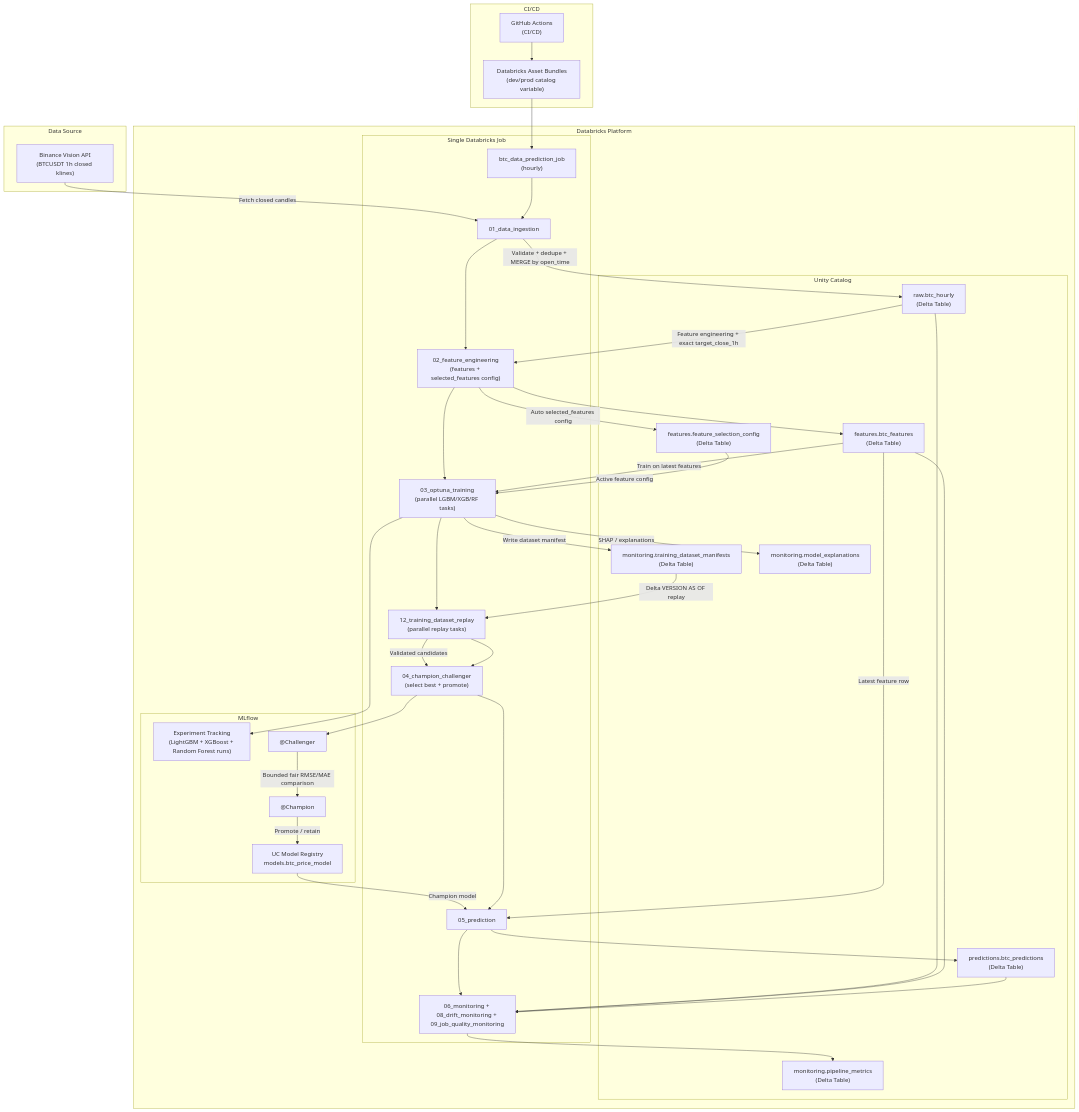
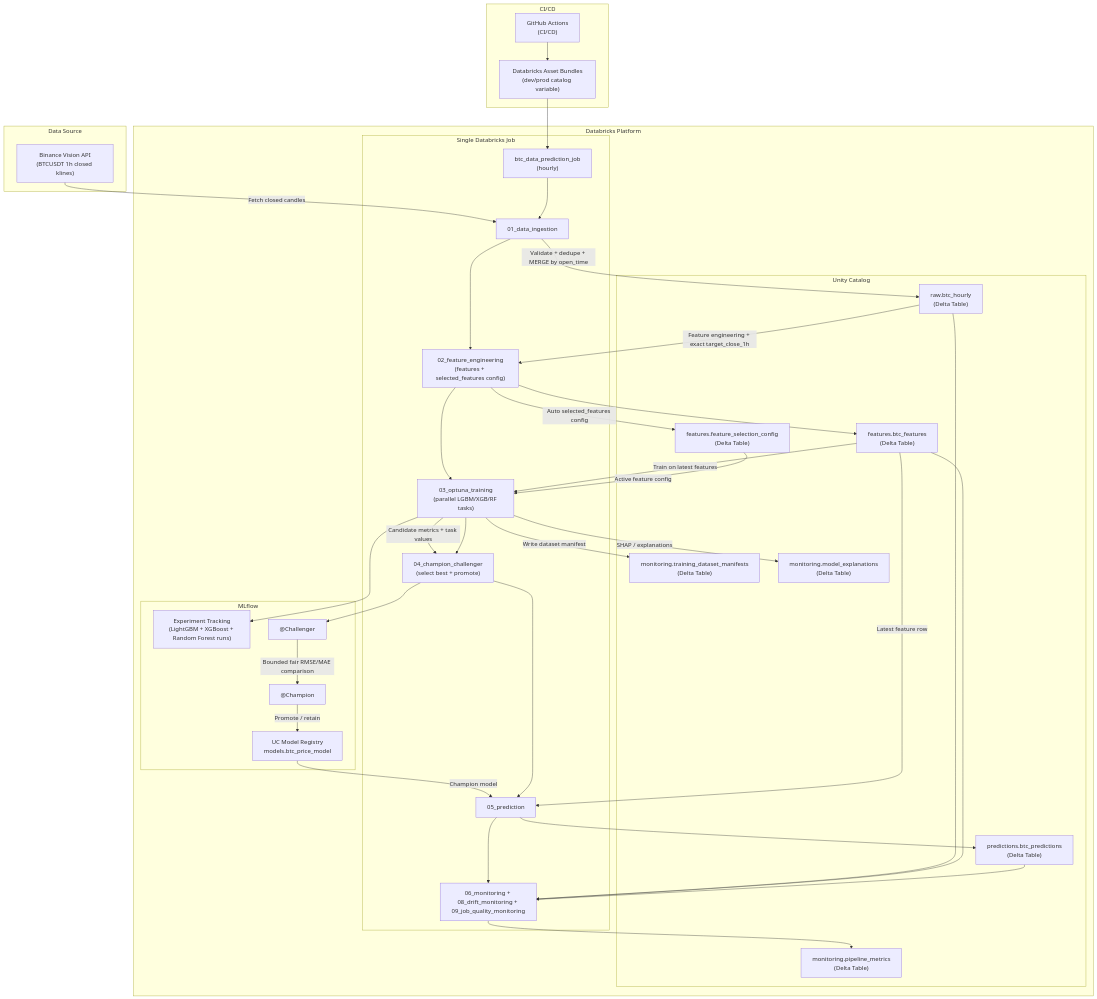
Before and after one commit to dunglk85/btc_mle_dbr: the diagram in docs/architecture.md, drawn with Mermaid. The commit also changed other lines of this file and 6 other files, not shown here.

Commit message:
feat: add BTC prediction Databricks job configuration and comprehensive architecture documentation

````diff
--- a/docs/architecture.md
+++ b/docs/architecture.md
@@ -7,73 +7,70 @@
 ```mermaid
 graph TB
     subgraph "Data Source"
         A["Binance Vision API<br/>(BTCUSDT 1h closed klines)"]
     end
 
     subgraph "Databricks Platform"
         subgraph "Unity Catalog"
             B["raw.btc_hourly<br/>(Delta Table)"]
             C["features.btc_features<br/>(Delta Table)"]
             U["features.feature_selection_config<br/>(Delta Table)"]
             P["predictions.btc_predictions<br/>(Delta Table)"]
             Q["monitoring.pipeline_metrics<br/>(Delta Table)"]
             T["monitoring.training_dataset_manifests<br/>(Delta Table)"]
             X["monitoring.model_explanations<br/>(Delta Table)"]
         end
 
         subgraph "MLflow"
             D["Experiment Tracking<br/>(LightGBM + XGBoost + Random Forest runs)"]
             E["UC Model Registry<br/>models.btc_price_model"]
             F["@Champion"]
             G["@Challenger"]
         end
 
         subgraph "Single Databricks Job"
             K["btc_data_prediction_job<br/>(hourly)"]
             K1["01_data_ingestion"]
             K2["02_feature_engineering<br/>(features + selected_features config)"]
             K4["03_optuna_training<br/>(parallel LGBM/XGB/RF tasks)"]
-            K5["12_training_dataset_replay<br/>(parallel replay tasks)"]
             K7["04_champion_challenger<br/>(select best + promote)"]
             K8["05_prediction"]
             K9["06_monitoring + 08_drift_monitoring + 09_job_quality_monitoring"]
         end
     end
 
     subgraph "CI/CD"
         M["GitHub Actions<br/>(CI/CD)"]
         N["Databricks Asset Bundles<br/>(dev/prod catalog variable)"]
     end
 
     A -->|"Fetch closed candles"| K1
     K1 -->|"Validate + dedupe + MERGE by open_time"| B
     B -->|"Feature engineering + exact target_close_1h"| K2
     K2 --> C
     K2 -->|"Auto selected_features config"| U
     C -->|"Train on latest features"| K4
     U -->|"Active feature config"| K4
     K4 --> D
     K4 -->|"Write dataset manifest"| T
     K4 -->|"SHAP / explanations"| X
-    T -->|"Delta VERSION AS OF replay"| K5
-    K5 -->|"Validated candidates"| K7
+    K4 -->|"Candidate metrics + task values"| K7
     K7 --> G
     G -->|"Bounded fair RMSE/MAE comparison"| F
     F -->|"Promote / retain"| E
     E -->|"Champion model"| K8
     C -->|"Latest feature row"| K8
     K8 --> P
     B --> K9
     C --> K9
     P --> K9
     K9 --> Q
     M --> N
     N --> K
     K --> K1
     K1 --> K2
     K2 --> K4
-    K4 --> K5
-    K5 --> K7
+    K4 --> K7
     K7 --> K8
     K8 --> K9
 ```
````
